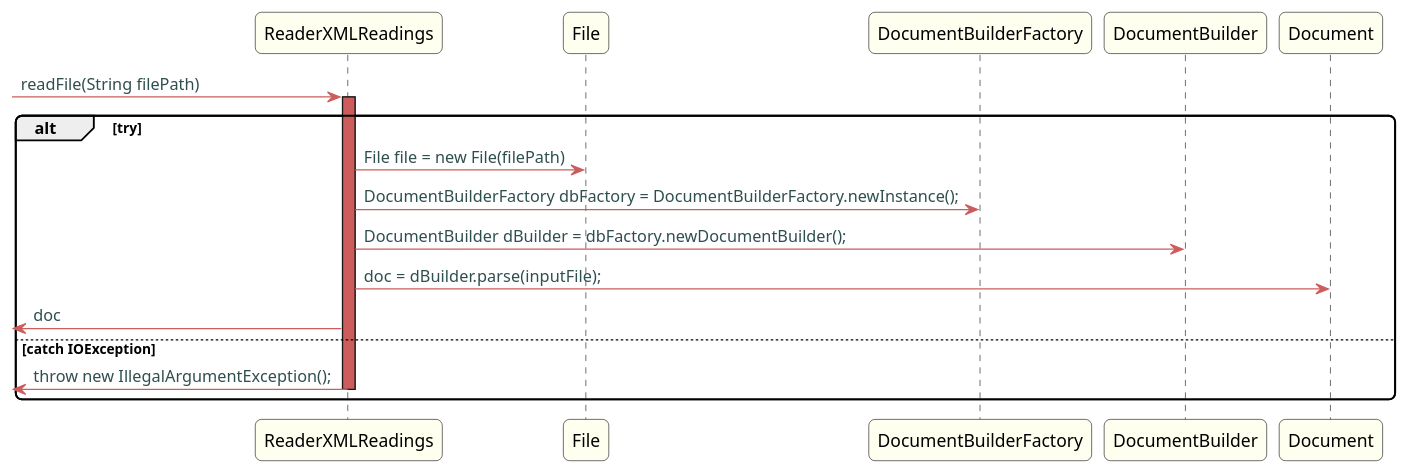
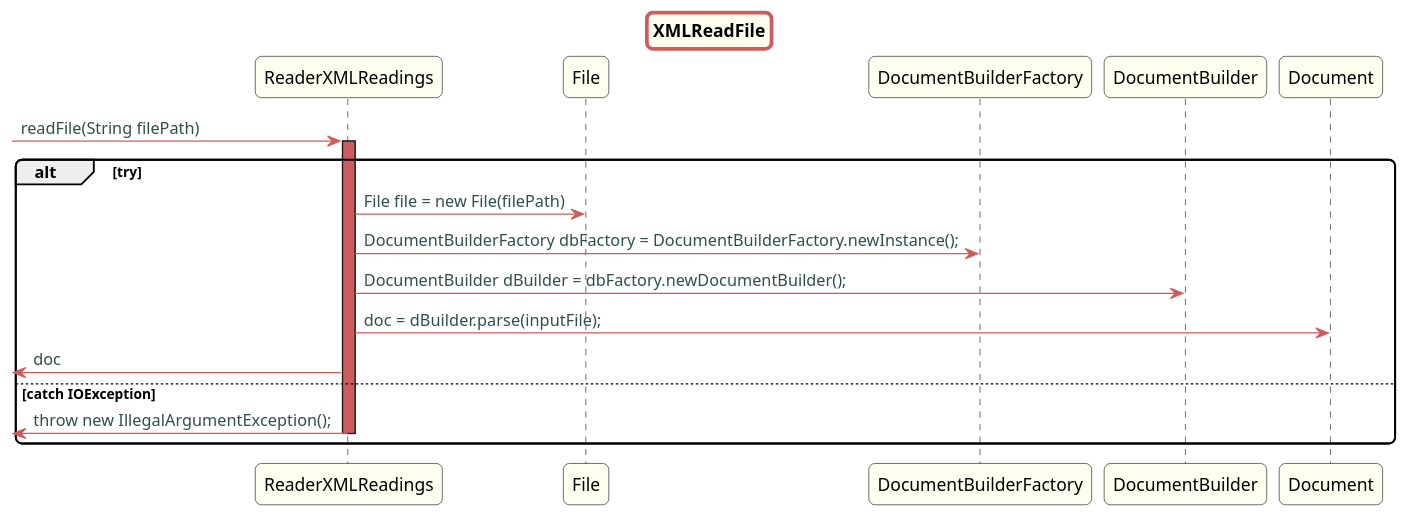
One commit to Almadanmp/project changed the diagram in src/doc/Controllers/HouseConfiguration/US20v2/XML/XMLReadFile.puml. Above: the diagram before and after it, drawn with PlantUML. The commit also changed 16 other files, not shown here.

```diff
--- a/src/doc/Controllers/HouseConfiguration/US20v2/XML/XMLReadFile.puml
+++ b/src/doc/Controllers/HouseConfiguration/US20v2/XML/XMLReadFile.puml
@@ -1,46 +1,46 @@
 @startuml
 
 skinparam titleBorderRoundCorner 10
 skinparam titleBorderThickness 3
 skinparam titleBorderColor indianred
 skinparam titleBackgroundColor ivory
 skinparam FontName quicksand
 
 skinparam actor {
   BorderColor indianred
   }
 
 skinparam sequence {
   LifeLineBackgroundColor indianred
   ParticipantBackgroundColor ivory
 }
 
 skinparam roundcorner 10
 
 skinparam component {
   arrowThickness 1
   ArrowFontName Verdana
   ArrowColor indianred
   ArrowFontColor darkslategrey
 }
 
 
 
-
+title XMLReadFile
 -> ReaderXMLReadings : readFile(String filePath)
 activate ReaderXMLReadings
 alt try
 ReaderXMLReadings  -> File: File file = new File(filePath)
 ReaderXMLReadings  -> DocumentBuilderFactory: DocumentBuilderFactory dbFactory = DocumentBuilderFactory.newInstance();
 
 ReaderXMLReadings  -> DocumentBuilder: DocumentBuilder dBuilder = dbFactory.newDocumentBuilder();
 ReaderXMLReadings  -> Document: doc = dBuilder.parse(inputFile);
 
 <- ReaderXMLReadings : doc
 
 else catch IOException
 <- ReaderXMLReadings : throw new IllegalArgumentException();
 deactivate ReaderXMLReadings
 end
 
 @enduml
```
